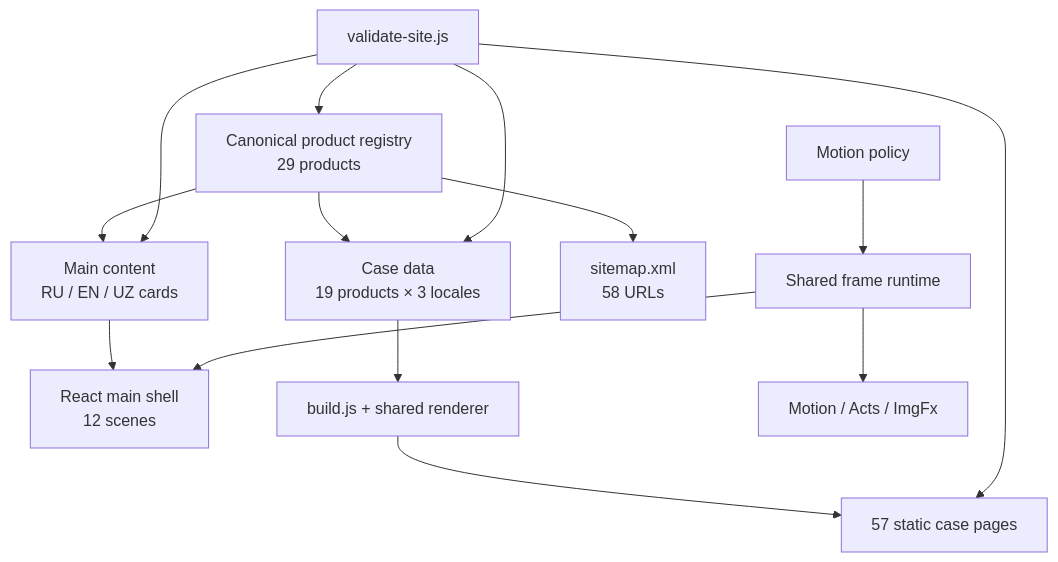
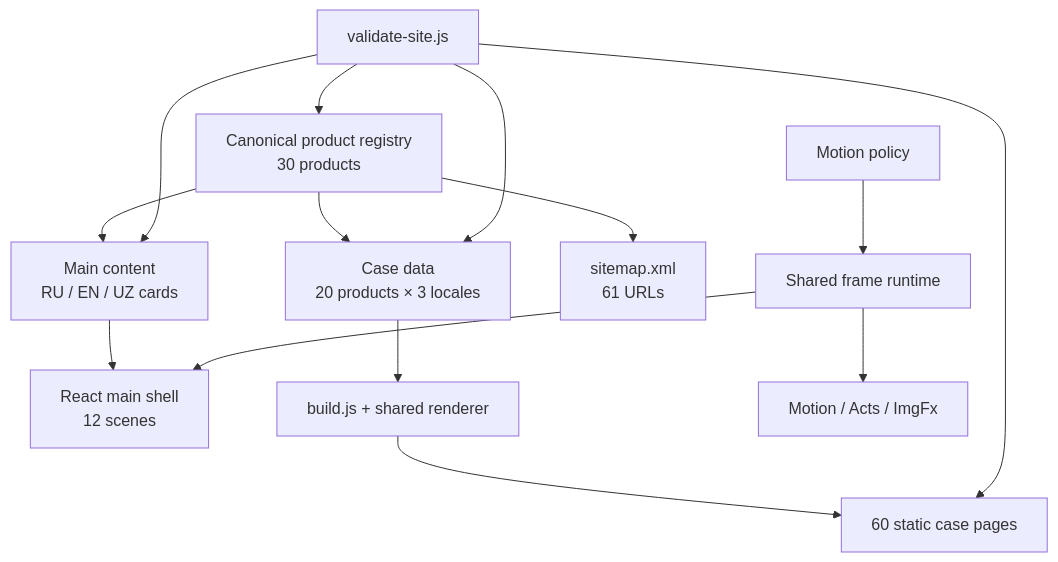
One commit to SamandarMansurkhodjaev2713/CV-Samandar changed the diagram in docs/ARCHITECTURE.md. Above: the diagram before and after it, drawn with Mermaid. The commit also changed other lines of this file and 124 other files, not shown here.

````diff
--- a/docs/ARCHITECTURE.md
+++ b/docs/ARCHITECTURE.md
@@ -20,16 +20,16 @@
 ```mermaid
 flowchart TD
-  R["Canonical product registry\n29 products"] --> C["Main content\nRU / EN / UZ cards"]
-  R --> L["Case data\n19 products × 3 locales"]
+  R["Canonical product registry\n30 products"] --> C["Main content\nRU / EN / UZ cards"]
+  R --> L["Case data\n20 products × 3 locales"]
   C --> A["React main shell\n12 scenes"]
   L --> G["build.js + shared renderer"]
-  G --> H["57 static case pages"]
-  R --> S["sitemap.xml\n58 URLs"]
+  G --> H["60 static case pages"]
+  R --> S["sitemap.xml\n61 URLs"]
   P["Motion policy"] --> M["Shared frame runtime"]
   M --> A
   M --> X["Motion / Acts / ImgFx"]
   V["validate-site.js"] --> R
   V --> C
   V --> L
   V --> H
 ```
````
